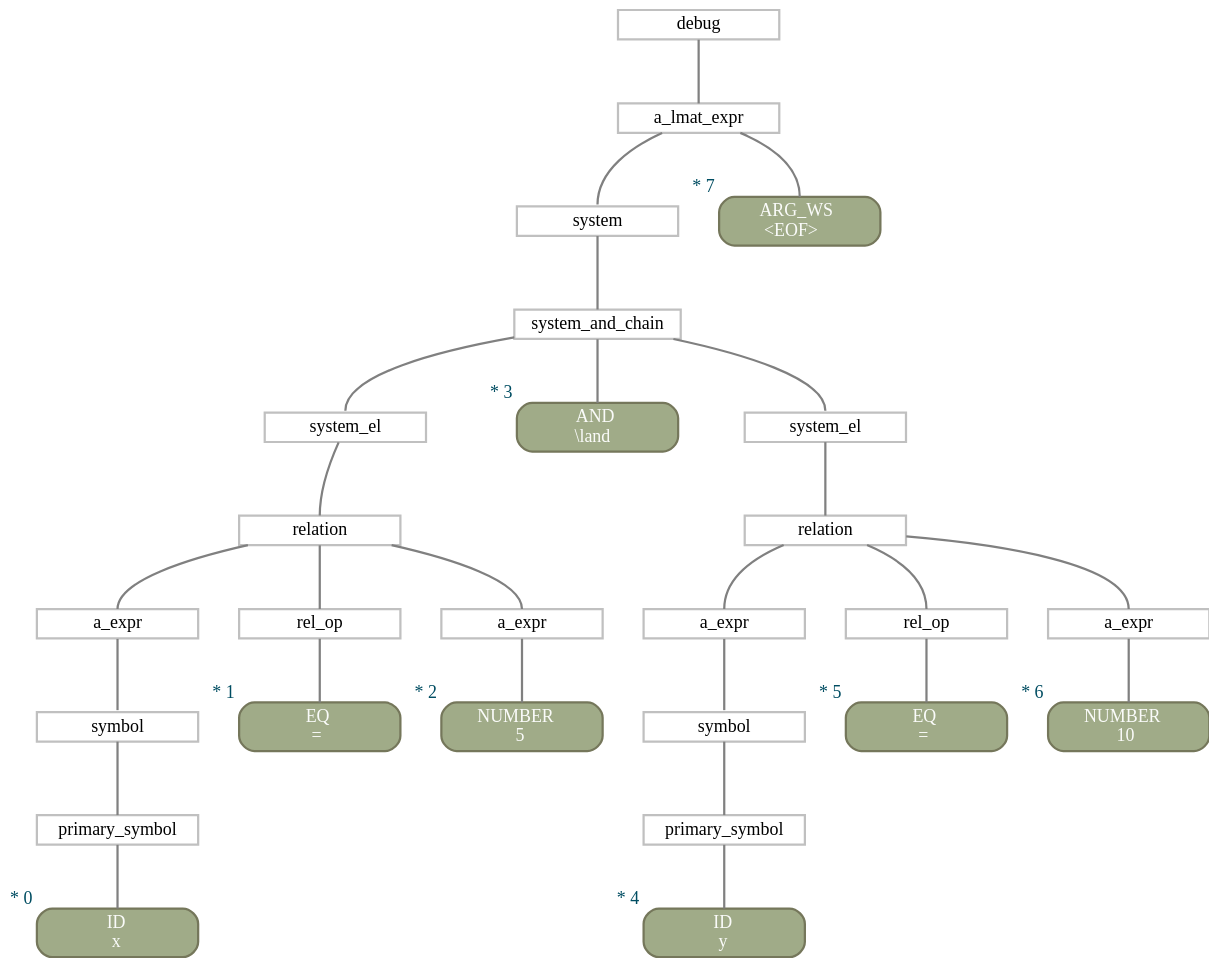
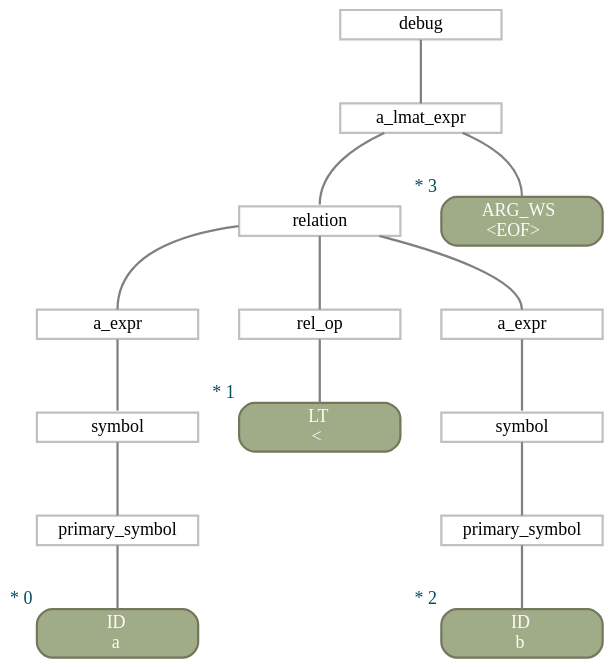
The diagram in lmat-cas-client/out.dot (zarstensen/obsidian-latex-math), drawn with Graphviz before and after one commit. The commit also changed 22 other files, not shown here.

```diff
--- a/lmat-cas-client/out.dot
+++ b/lmat-cas-client/out.dot
@@ -1,69 +1,45 @@
 digraph "Parse Tree" {
 rankdir=TB;
 splines=true;
 nodesep=0.45;
 ranksep=0.7;
 pad=0.0;
 ordering=out;
 subgraph {
 node [shape=box, margin="0,0.05", height=0, width=1.75, style=filled, fillcolor="#FFFFFF", color="#C0C0C0", penwidth=1.75];
 1 [label="primary_symbol"];
 2 [label=symbol];
 3 [label="a_expr"];
 5 [label="rel_op"];
-7 [label="a_expr"];
-8 [label=relation];
-9 [label="system_el"];
-12 [label="primary_symbol"];
-13 [label=symbol];
-14 [label="a_expr"];
-16 [label="rel_op"];
-18 [label="a_expr"];
-19 [label=relation];
-20 [label="system_el"];
-21 [label="system_and_chain"];
-22 [label=system];
-24 [label="a_lmat_expr"];
-25 [label=debug];
+7 [label="primary_symbol"];
+8 [label=symbol];
+9 [label="a_expr"];
+10 [label=relation];
+12 [label="a_lmat_expr"];
+13 [label=debug];
 }
 subgraph {
 node [shape=box, margin="0,0.05", height=0, width=1.75, style="filled,rounded", fillcolor="#A0AB88", color="#75775B", penwidth=1.75, fontcolor="#FAFBF9"];
-0 [label=<ID<br/><font fontname="monospace">x</font>>, xlabel=<<font color="#004D62">* 0</font>>];
-4 [label=<EQ<br/><font fontname="monospace">=</font>>, xlabel=<<font color="#004D62">* 1</font>>];
-6 [label=<NUMBER<br/><font fontname="monospace">5</font>>, xlabel=<<font color="#004D62">* 2</font>>];
-10 [label=<AND<br/><font fontname="monospace">\land</font>>, xlabel=<<font color="#004D62">* 3</font>>];
-11 [label=<ID<br/><font fontname="monospace">y</font>>, xlabel=<<font color="#004D62">* 4</font>>];
-15 [label=<EQ<br/><font fontname="monospace">=</font>>, xlabel=<<font color="#004D62">* 5</font>>];
-17 [label=<NUMBER<br/><font fontname="monospace">10</font>>, xlabel=<<font color="#004D62">* 6</font>>];
-23 [label=<ARG_WS<br/><font fontname="monospace">&lt;EOF&gt;</font>>, xlabel=<<font color="#004D62">* 7</font>>];
+0 [label=<ID<br/><font fontname="monospace">a</font>>, xlabel=<<font color="#004D62">* 0</font>>];
+4 [label=<LT<br/><font fontname="monospace">&lt;</font>>, xlabel=<<font color="#004D62">* 1</font>>];
+6 [label=<ID<br/><font fontname="monospace">b</font>>, xlabel=<<font color="#004D62">* 2</font>>];
+11 [label=<ARG_WS<br/><font fontname="monospace">&lt;EOF&gt;</font>>, xlabel=<<font color="#004D62">* 3</font>>];
 }
 subgraph {
 node [shape=box, margin="0,0.05", height=0, width=1.75, style="filled,rounded", fillcolor="#DD8F7D", color="#BC6A7A", penwidth=1.75, fontcolor="#FAFBF9"];
 }
 edge [arrowhead=none, headport=n, color="#808080", penwidth=1.75];
 1 -> 0;
 2 -> 1;
 3 -> 2;
 5 -> 4;
 7 -> 6;
-8 -> 3;
-8 -> 5;
 8 -> 7;
 9 -> 8;
+10 -> 3;
+10 -> 5;
+10 -> 9;
+12 -> 10;
 12 -> 11;
 13 -> 12;
-14 -> 13;
-16 -> 15;
-18 -> 17;
-19 -> 14;
-19 -> 16;
-19 -> 18;
-20 -> 19;
-21 -> 9;
-21 -> 10;
-21 -> 20;
-22 -> 21;
-24 -> 22;
-24 -> 23;
-25 -> 24;
 }
```
